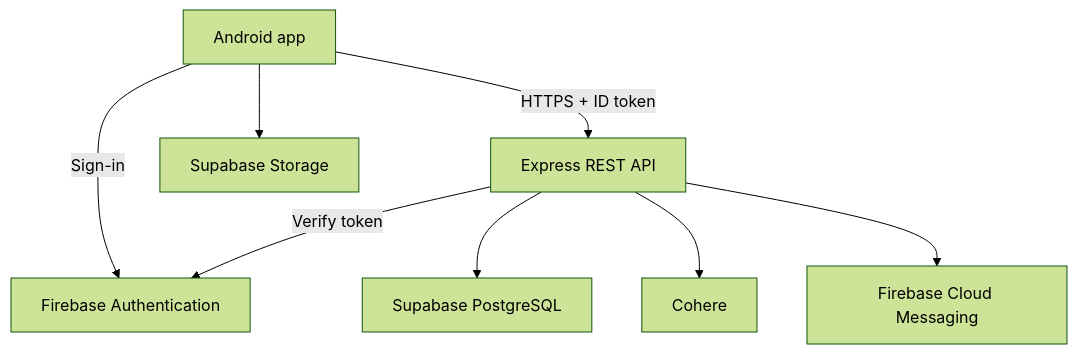
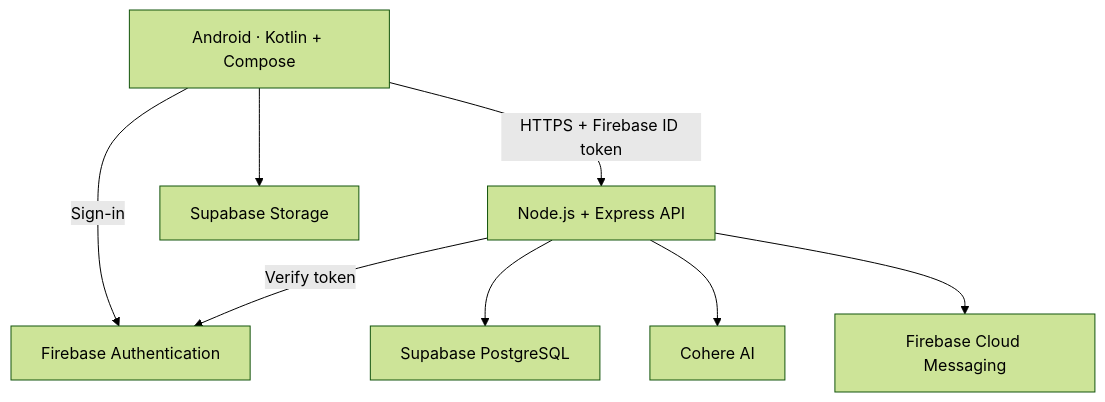
One commit to Lavanyax24/Elachi changed the diagram in README.md. Above: the diagram before and after it, drawn with Mermaid (forest theme). The commit also changed other lines of this file, not shown here.

````diff
--- a/README.md
+++ b/README.md
@@ -76,10 +295,10 @@
 ```mermaid
 flowchart TD
-    App["Android app"] -->|"Sign-in"| Auth["Firebase Authentication"]
-    App -->|"HTTPS + ID token"| API["Express REST API"]
+    App["Android · Kotlin + Compose"] -->|"Sign-in"| Auth["Firebase Authentication"]
+    App -->|"HTTPS + Firebase ID token"| API["Node.js + Express API"]
     API -->|"Verify token"| Auth
     API --> DB["Supabase PostgreSQL"]
-    API --> AI["Cohere"]
+    API --> AI["Cohere AI"]
     API --> FCM["Firebase Cloud Messaging"]
     App --> Storage["Supabase Storage"]
 ```
````
